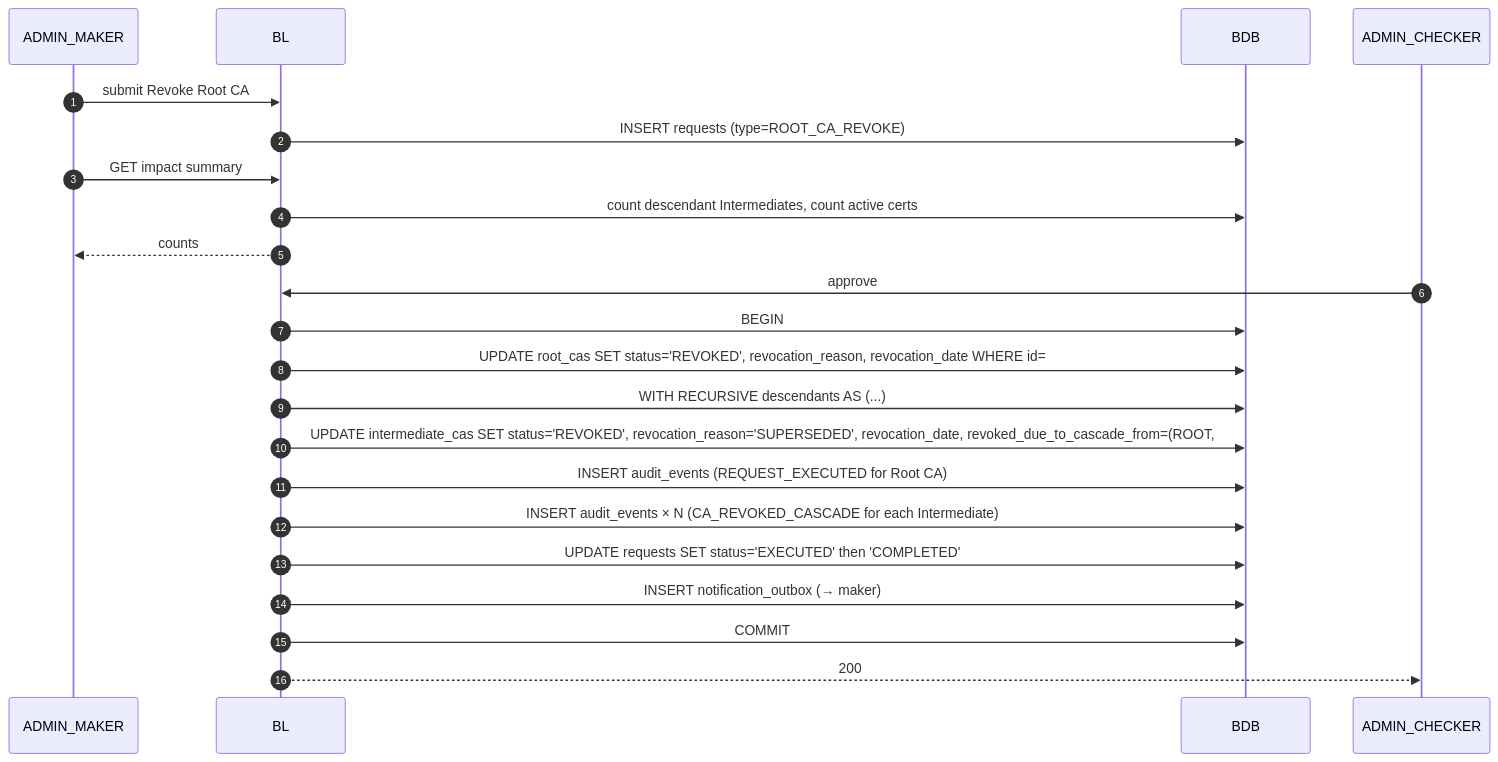
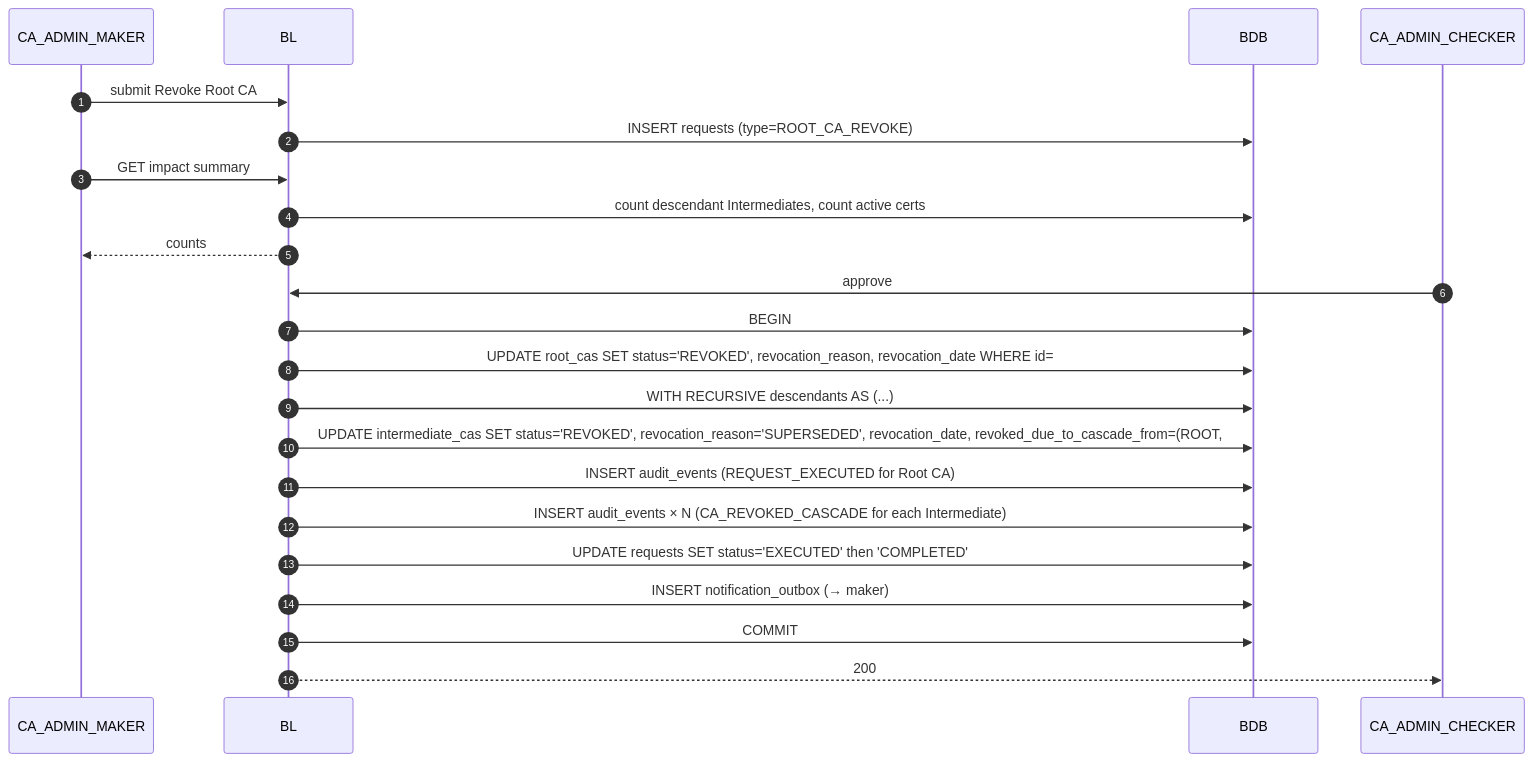
Before and after one commit to ruthvikchandravanam/Nexus-CA: the fifth of 6 diagrams in Docs/2-Design/2.1-HLD/sequence-diagrams.md, drawn with Mermaid. The commit also changed other lines of this file and 33 other files, not shown here.

````diff
--- a/Docs/2-Design/2.1-HLD/sequence-diagrams.md
+++ b/Docs/2-Design/2.1-HLD/sequence-diagrams.md
@@ -242,26 +242,26 @@
 ```mermaid
 sequenceDiagram
     autonumber
-    participant M as ADMIN_MAKER
+    participant M as CA_ADMIN_MAKER
     participant BL
     participant BDB
-    participant C as ADMIN_CHECKER
+    participant C as CA_ADMIN_CHECKER
 
     M->>BL: submit Revoke Root CA #1 (reason)
     BL->>BDB: INSERT requests (type=ROOT_CA_REVOKE)
     M->>BL: GET impact summary
     BL->>BDB: count descendant Intermediates, count active certs
     BL-->>M: counts
 
     C->>BL: approve
     BL->>BDB: BEGIN
     BL->>BDB: UPDATE root_cas SET status='REVOKED', revocation_reason, revocation_date WHERE id=#1
     BL->>BDB: WITH RECURSIVE descendants AS (...)
     BL->>BDB: UPDATE intermediate_cas SET status='REVOKED', revocation_reason='SUPERSEDED', revocation_date, revoked_due_to_cascade_from=(ROOT,#1) WHERE id IN descendants
     BL->>BDB: INSERT audit_events (REQUEST_EXECUTED for Root CA)
     BL->>BDB: INSERT audit_events × N (CA_REVOKED_CASCADE for each Intermediate)
     BL->>BDB: UPDATE requests SET status='EXECUTED' then 'COMPLETED'
     BL->>BDB: INSERT notification_outbox (→ maker)
     BL->>BDB: COMMIT
     BL-->>C: 200
 ```
````
